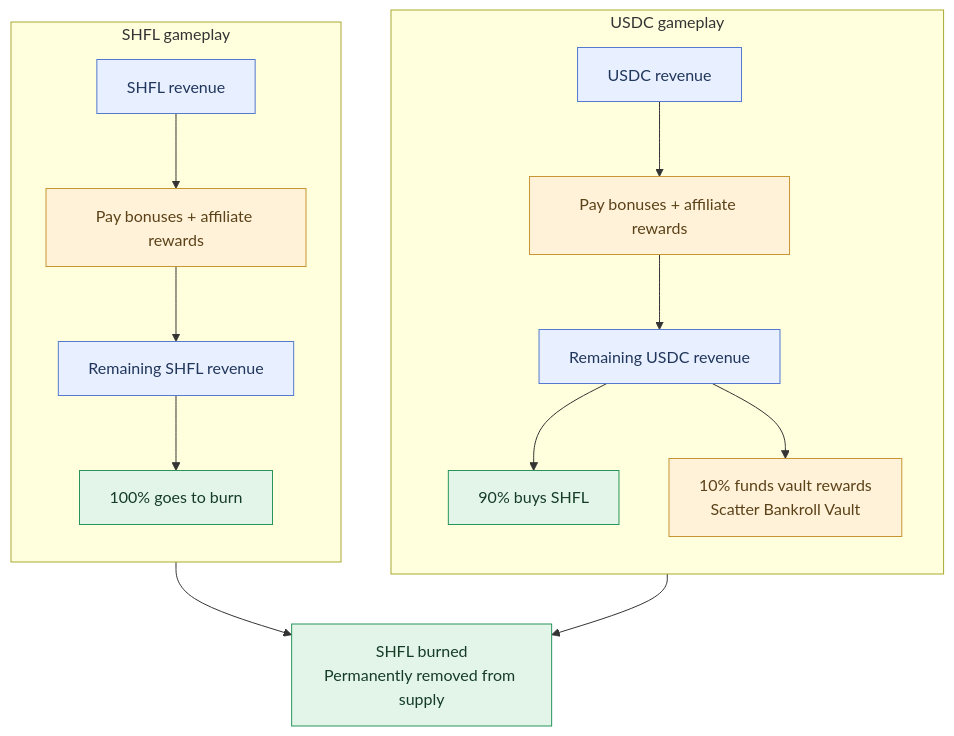
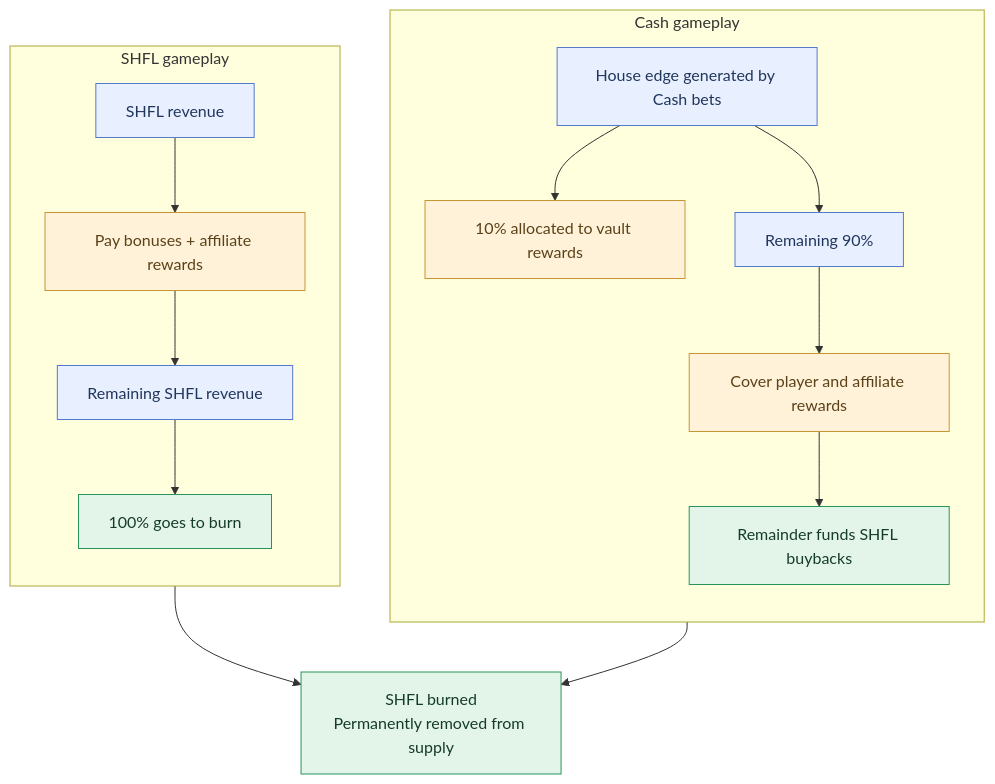
One commit to scatter-io/mintlify-docs changed the diagram in protocol/shfl-token.mdx. Above: the diagram before and after it, drawn with Mermaid.

Commit message:
docs: correct Cash revenue allocation diagram

````diff
--- a/protocol/shfl-token.mdx
+++ b/protocol/shfl-token.mdx
@@ -38,27 +38,27 @@
 ```mermaid
 flowchart TB
-    subgraph USDC["USDC gameplay"]
+    subgraph CASH["Cash gameplay"]
         direction TB
-        A["USDC revenue"] --> B["Pay bonuses + affiliate rewards"]
-        B --> C["Remaining USDC revenue"]
-        C --> D["90% buys SHFL"]
-        C --> E["10% funds vault rewards<br/>Scatter Bankroll Vault"]
+        A["House edge generated by Cash bets"] --> E["10% allocated to vault rewards"]
+        A --> C["Remaining 90%"]
+        C --> B["Cover player and affiliate rewards"]
+        B --> D["Remainder funds SHFL buybacks"]
     end
 
     subgraph SHFL["SHFL gameplay"]
         direction TB
         F["SHFL revenue"] --> G["Pay bonuses + affiliate rewards"]
         G --> H["Remaining SHFL revenue"]
         H --> J["100% goes to burn"]
     end
 
     D --> I["SHFL burned<br/>Permanently removed from supply"]
     J --> I
 
     classDef revenue fill:#e8efff,stroke:#5479ce,color:#20365b
     classDef rewards fill:#fff2d9,stroke:#c89533,color:#5b4218
     classDef burn fill:#e3f5e9,stroke:#27945b,color:#153c27
     class A,C,F,H revenue
     class B,E,G rewards
     class D,J,I burn
 ```
````
